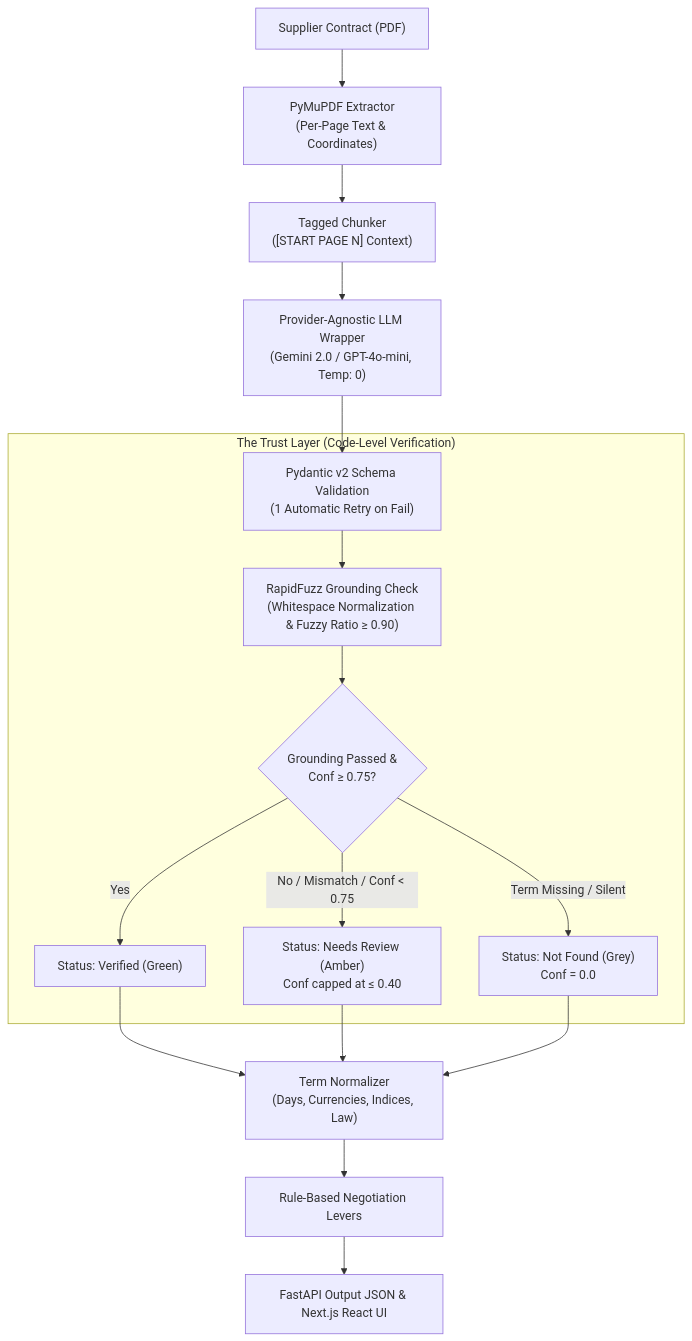
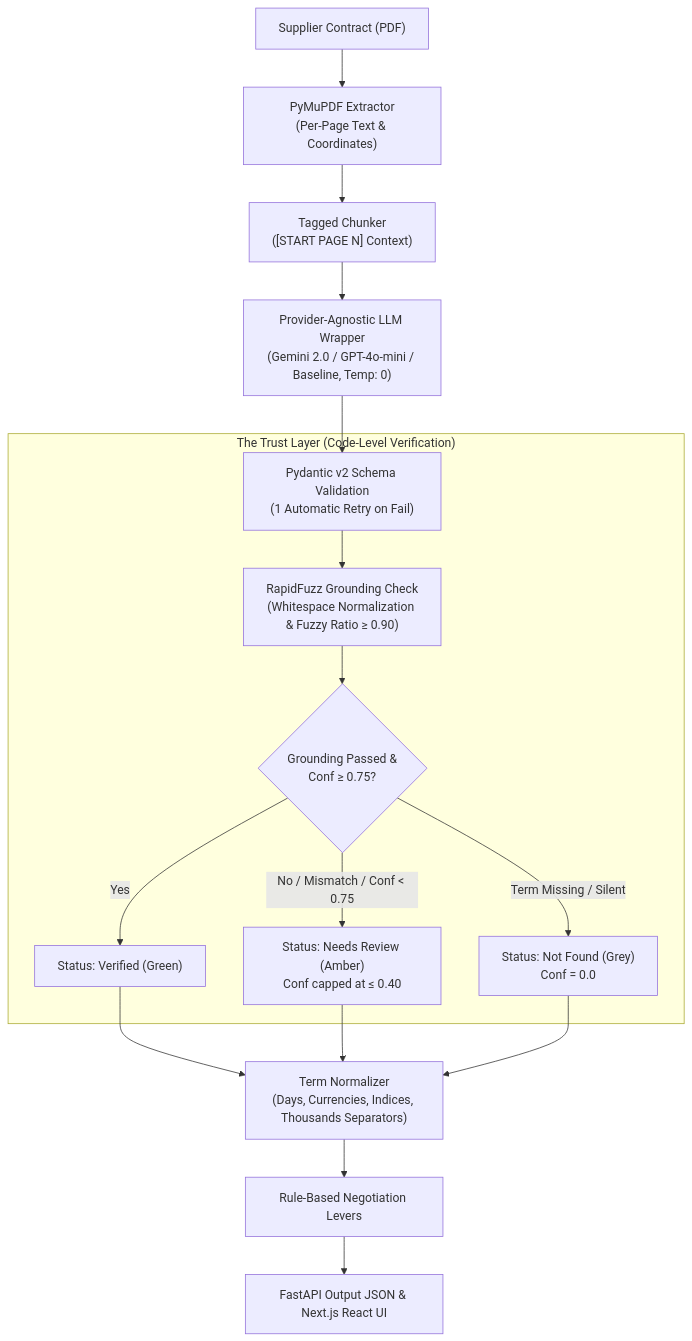
One commit to SreyaThota/clauselens changed the diagram in README.md. Above: the diagram before and after it, drawn with Mermaid. The commit also changed other lines of this file and 58 other files, not shown here.

Commit message:
fix: resolve volume commitment separators, liability cap formatting, governing law newline issue, and honest evaluation reporting

````diff
--- a/README.md
+++ b/README.md
@@ -45,21 +45,21 @@
 ```mermaid
 flowchart TD
     A["Supplier Contract (PDF)"] --> B["PyMuPDF Extractor\n(Per-Page Text & Coordinates)"]
     B --> C["Tagged Chunker\n([START PAGE N] Context)"]
-    C --> D["Provider-Agnostic LLM Wrapper\n(Gemini 2.0 / GPT-4o-mini, Temp: 0)"]
+    C --> D["Provider-Agnostic LLM Wrapper\n(Gemini 2.0 / GPT-4o-mini / Baseline, Temp: 0)"]
     D --> E["Pydantic v2 Schema Validation\n(1 Automatic Retry on Fail)"]
     
     subgraph TrustLayer["The Trust Layer (Code-Level Verification)"]
         E --> F["RapidFuzz Grounding Check\n(Whitespace Normalization & Fuzzy Ratio ≥ 0.90)"]
         F --> G{"Grounding Passed &\nConf ≥ 0.75?"}
         G -- Yes --> H["Status: Verified (Green)"]
         G -- "No / Mismatch / Conf < 0.75" --> I["Status: Needs Review (Amber)\nConf capped at ≤ 0.40"]
         G -- "Term Missing / Silent" --> J["Status: Not Found (Grey)\nConf = 0.0"]
     end
 
-    H --> K["Term Normalizer\n(Days, Currencies, Indices, Law)"]
+    H --> K["Term Normalizer\n(Days, Currencies, Indices, Thousands Separators)"]
     I --> K
     J --> K
     K --> L["Rule-Based Negotiation Levers"]
     L --> M["FastAPI Output JSON & Next.js React UI"]
 ```
````
